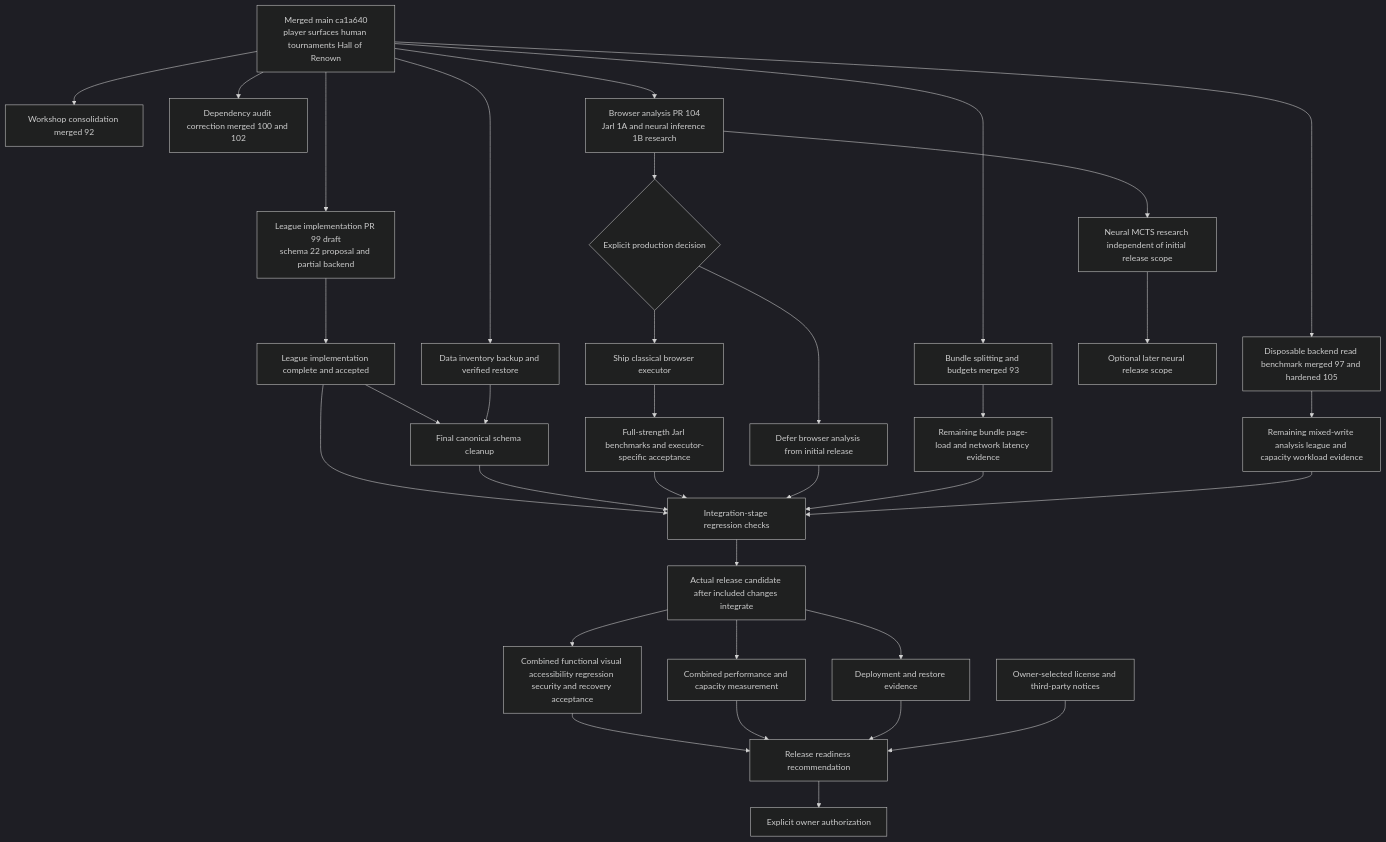
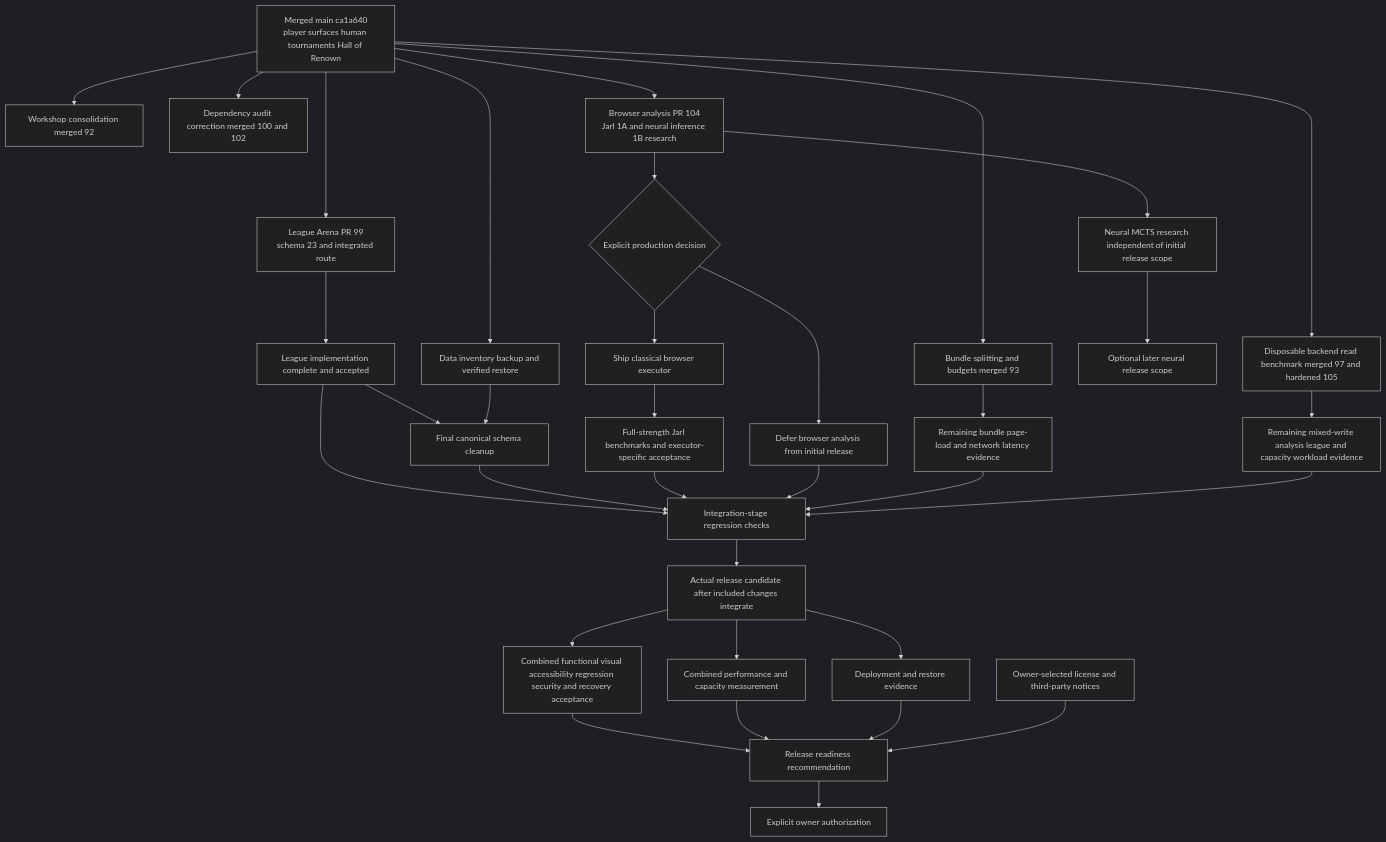
The diagram in docs/designs/arena-current-completeness.md (freeDom-/hnefatafl), drawn with Mermaid (dark theme) before and after one commit. The commit also changed other lines of this file and 7 other files, not shown here.

Commit message:
docs: describe League Arena policy, recovery and validation

````diff
--- a/docs/designs/arena-current-completeness.md
+++ b/docs/designs/arena-current-completeness.md
@@ -236,46 +239,46 @@
 ```mermaid
 flowchart TD
   M[Merged main ca1a640<br/>player surfaces human tournaments Hall of Renown]
   W[Workshop consolidation merged 92]
   AUD[Dependency audit correction merged 100 and 102]
   B[Bundle splitting and budgets merged 93]
   R[Disposable backend read benchmark merged 97 and hardened 105]
   M --> W
   M --> AUD
   M --> B
   M --> R
 
-  M --> L[League implementation PR 99 draft<br/>schema 22 proposal and partial backend]
+  M --> L[League Arena PR 99<br/>schema 23 and integrated route]
   L --> LU[League implementation complete and accepted]
   LU --> SC[Final canonical schema cleanup]
   M --> DI[Data inventory backup and verified restore]
   DI --> SC
 
   LU --> INT[Integration-stage regression checks]
   SC --> INT
 
   M --> BX[Browser analysis PR 104<br/>Jarl 1A and neural inference 1B research]
   BX --> AD{Explicit production decision}
   AD --> SHIP[Ship classical browser executor]
   AD --> DEFER[Defer browser analysis from initial release]
   SHIP --> BJ[Full-strength Jarl benchmarks and executor-specific acceptance]
   BJ --> INT
   DEFER --> INT
   BX --> NM[Neural MCTS research independent of initial release scope]
   NM --> LATER[Optional later neural release scope]
 
   B --> P1[Remaining bundle page-load and network latency evidence]
   R --> P2[Remaining mixed-write analysis league and capacity workload evidence]
   P1 --> INT
   P2 --> INT
 
   INT --> CAND[Actual release candidate after included changes integrate]
   CAND --> ACC[Combined functional visual accessibility regression security and recovery acceptance]
   CAND --> PERF[Combined performance and capacity measurement]
   CAND --> DEP[Deployment and restore evidence]
   ACC --> REL[Release readiness recommendation]
   PERF --> REL
   DEP --> REL
   LIC[Owner-selected license and third-party notices] --> REL
   REL --> OWN[Explicit owner authorization]
 ```
````
